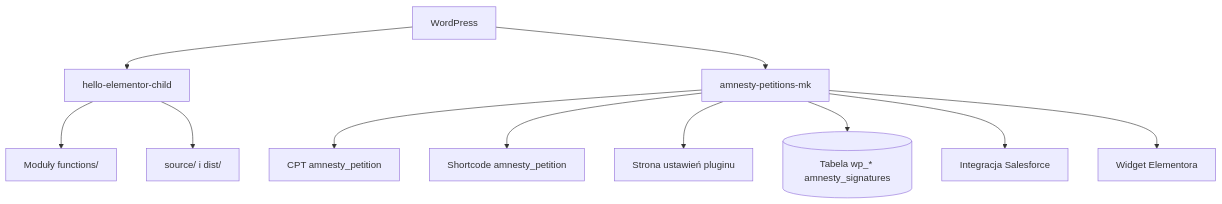
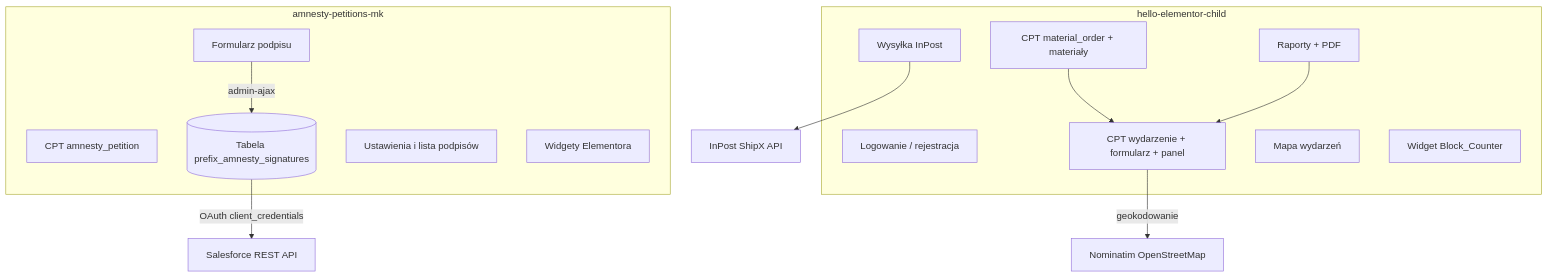
Before and after one commit to Semtex7/Maraton-Pisania-List-w: the diagram in docs/architecture.md, drawn with Mermaid. The commit also changed other lines of this file and 60 other files, not shown here.

````diff
--- a/docs/architecture.md
+++ b/docs/architecture.md
@@ -24,13 +20,25 @@
 ```mermaid
 flowchart TD
-    WP[WordPress] --> Theme[hello-elementor-child]
-    WP --> Plugin[amnesty-petitions-mk]
-    Theme --> ThemeModules[Moduły functions/]
-    Theme --> ThemeAssets[source/ i dist/]
-    Plugin --> CPT[CPT amnesty_petition]
-    Plugin --> PetitionForm[Shortcode amnesty_petition]
-    Plugin --> Settings[Strona ustawień pluginu]
-    Plugin --> Signatures[(Tabela wp_* amnesty_signatures)]
-    Plugin --> Salesforce[Integracja Salesforce]
-    Plugin --> ElementorWidget[Widget Elementora]
+    subgraph Plugin[amnesty-petitions-mk]
+        PCPT[CPT amnesty_petition]
+        PForm[Formularz podpisu]
+        PTable[(Tabela prefix_amnesty_signatures)]
+        PAdmin[Ustawienia i lista podpisów]
+        PWidgets[Widgety Elementora]
+    end
+    subgraph Theme[hello-elementor-child]
+        TAuth[Logowanie / rejestracja]
+        TEvents[CPT wydarzenie + formularz + panel]
+        TMap[Mapa wydarzeń]
+        TMat[CPT material_order + materiały]
+        TRep[Raporty + PDF]
+        TShip[Wysyłka InPost]
+        TWidget[Widget Block_Counter]
+    end
+    PForm -->|admin-ajax| PTable
+    PTable -->|OAuth client_credentials| SF[Salesforce REST API]
+    TEvents -->|geokodowanie| OSM[Nominatim OpenStreetMap]
+    TShip --> InPost[InPost ShipX API]
+    TMat --> TEvents
+    TRep --> TEvents
 ```
````
